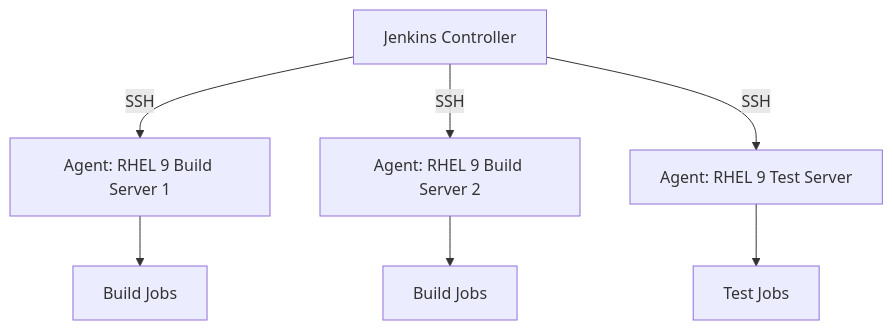
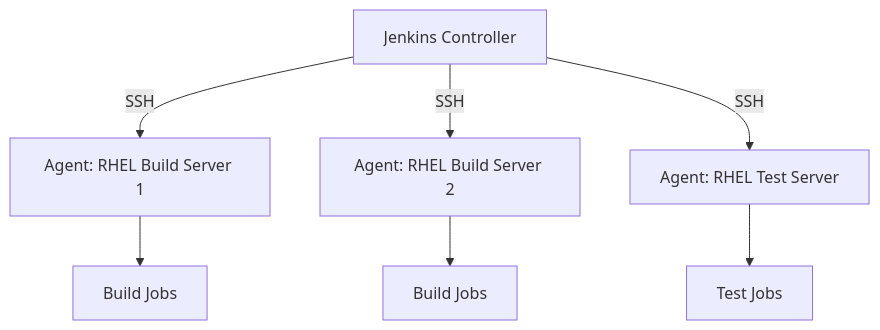
One commit to OneUptime/blog changed the diagram in posts/2026-03-04-jenkins-agents-ssh-rhel-9/README.md. Above: the diagram before and after it, drawn with Mermaid. The commit also changed other lines of this file and 4866 other files, not shown here.

````diff
--- a/posts/2026-03-04-jenkins-agents-ssh-rhel-9/README.md
+++ b/posts/2026-03-04-jenkins-agents-ssh-rhel-9/README.md
@@ -15,9 +15,9 @@
 ```mermaid
 graph TD
-    A[Jenkins Controller] -->|SSH| B[Agent: RHEL 9 Build Server 1]
-    A -->|SSH| C[Agent: RHEL 9 Build Server 2]
-    A -->|SSH| D[Agent: RHEL 9 Test Server]
+    A[Jenkins Controller] -->|SSH| B[Agent: RHEL Build Server 1]
+    A -->|SSH| C[Agent: RHEL Build Server 2]
+    A -->|SSH| D[Agent: RHEL Test Server]
     B --> E[Build Jobs]
     C --> F[Build Jobs]
     D --> G[Test Jobs]
 ```
````
